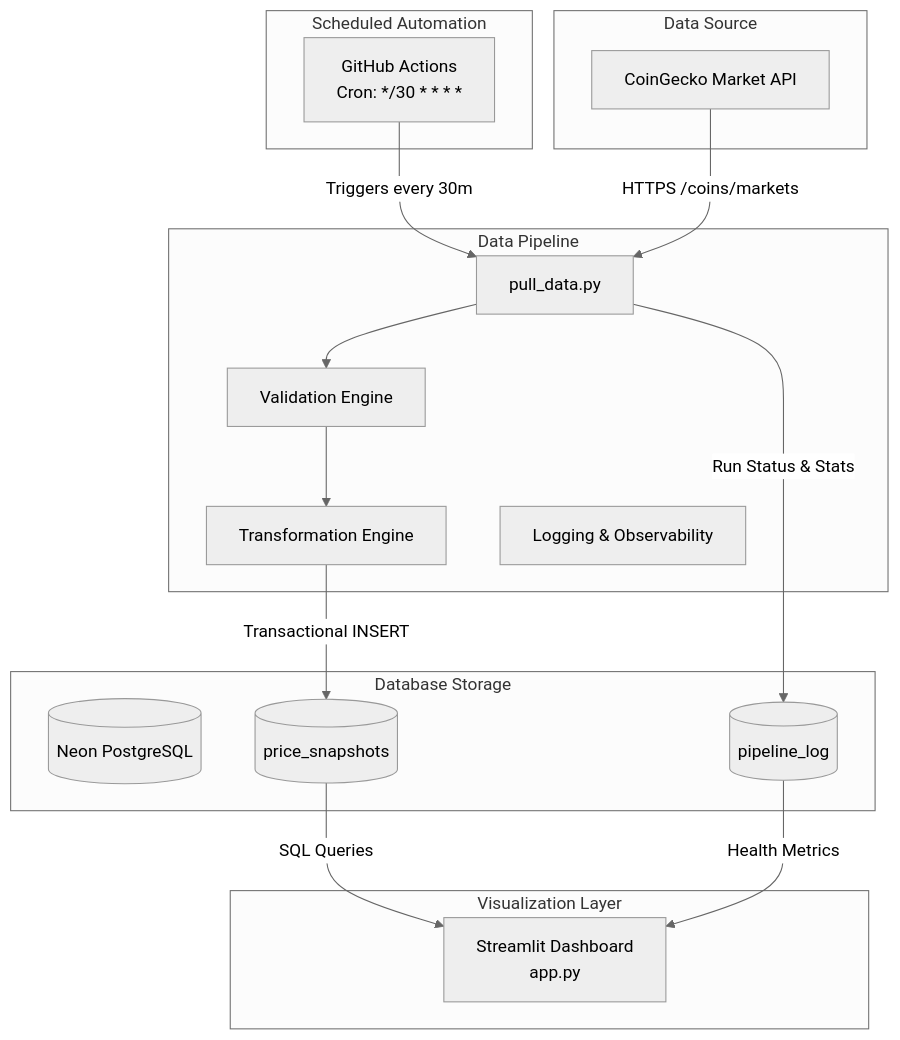
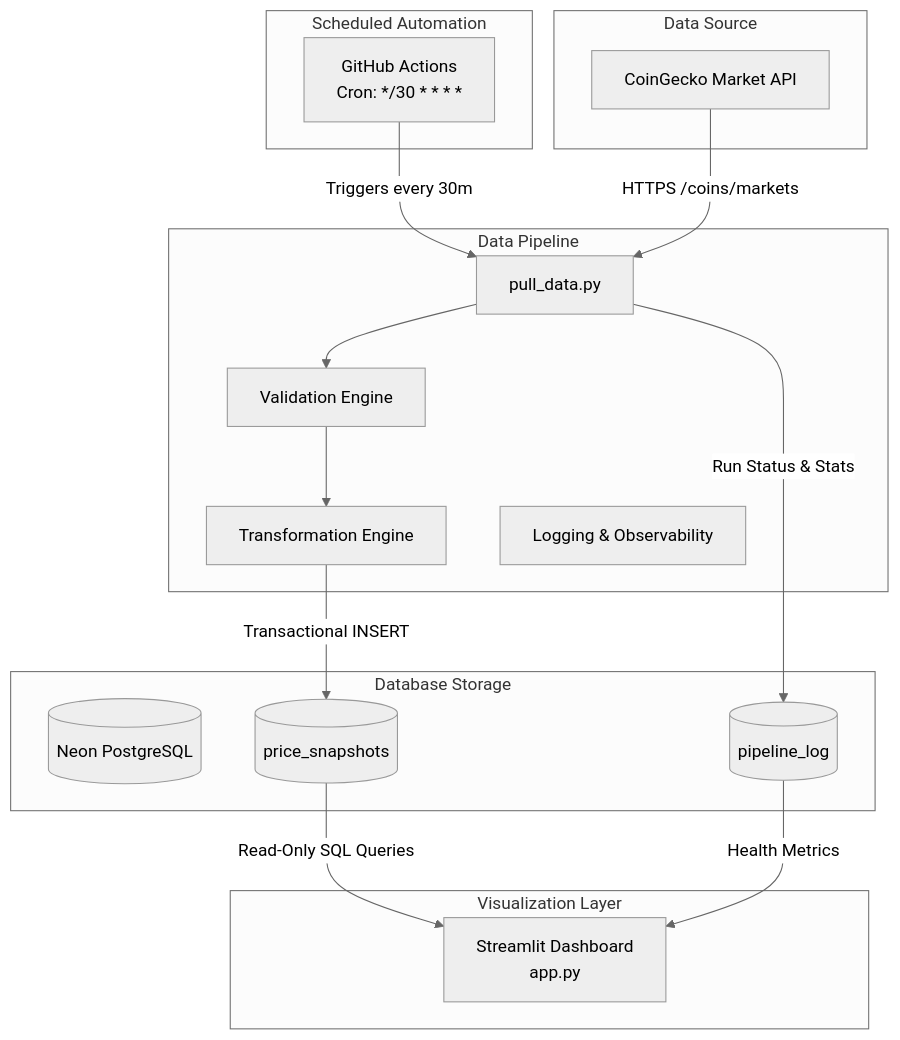
The diagram in README.md (nelyviradiya1234/crypto-market-pipeline), drawn with Mermaid (neutral theme) before and after one commit. The commit also changed other lines of this file and 8 other files, not shown here.

````diff
--- a/README.md
+++ b/README.md
@@ -11,36 +11,36 @@
 ```mermaid
 flowchart TD
     subgraph Data Source
         A[CoinGecko Market API]
     end
 
     subgraph Scheduled Automation
         B[GitHub Actions<br/>Cron: */30 * * * *]
     end
 
     subgraph Data Pipeline
         C[pull_data.py]
         D[Validation Engine]
         E[Transformation Engine]
         F[Logging & Observability]
     end
 
     subgraph Database Storage
         G[(Neon PostgreSQL)]
         H[(price_snapshots)]
         I[(pipeline_log)]
     end
 
     subgraph Visualization Layer
         J[Streamlit Dashboard<br/>app.py]
     end
 
     B -->|Triggers every 30m| C
     A -->|HTTPS /coins/markets| C
     C --> D
     D --> E
     E -->|Transactional INSERT| H
     C -->|Run Status & Stats| I
-    H -->|SQL Queries| J
+    H -->|Read-Only SQL Queries| J
     I -->|Health Metrics| J
 ```
````
